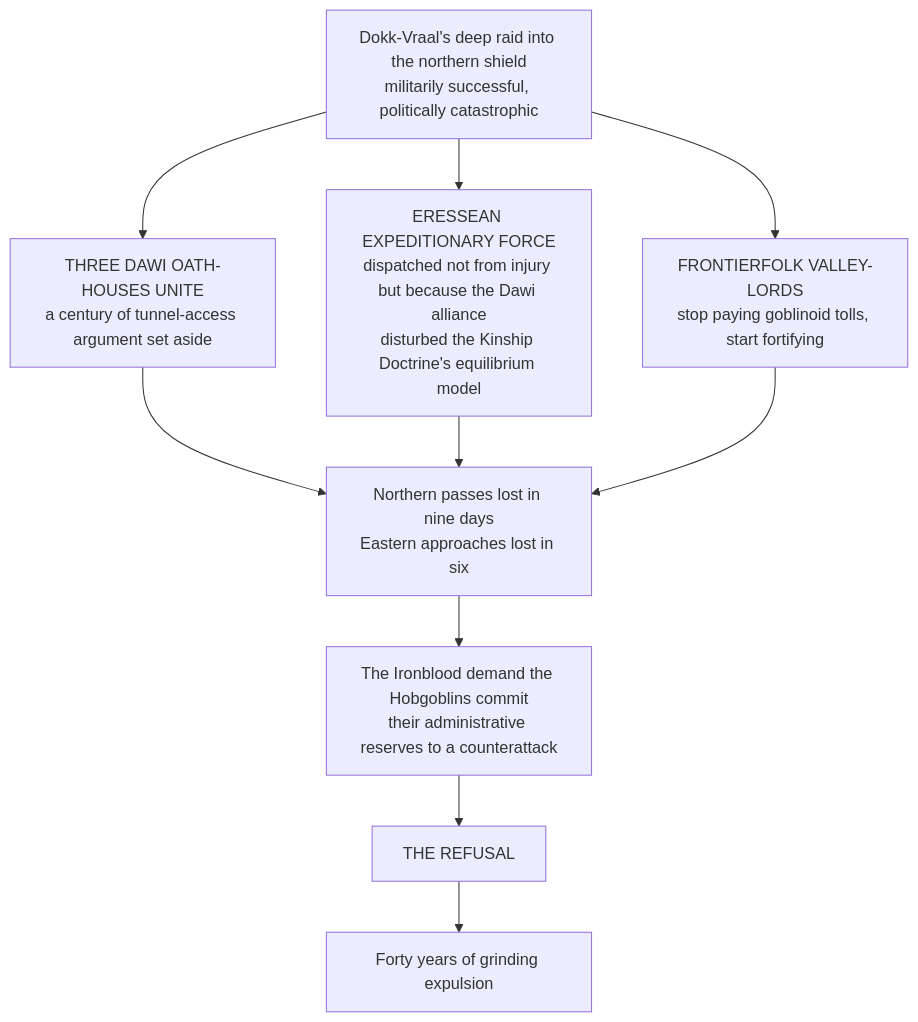
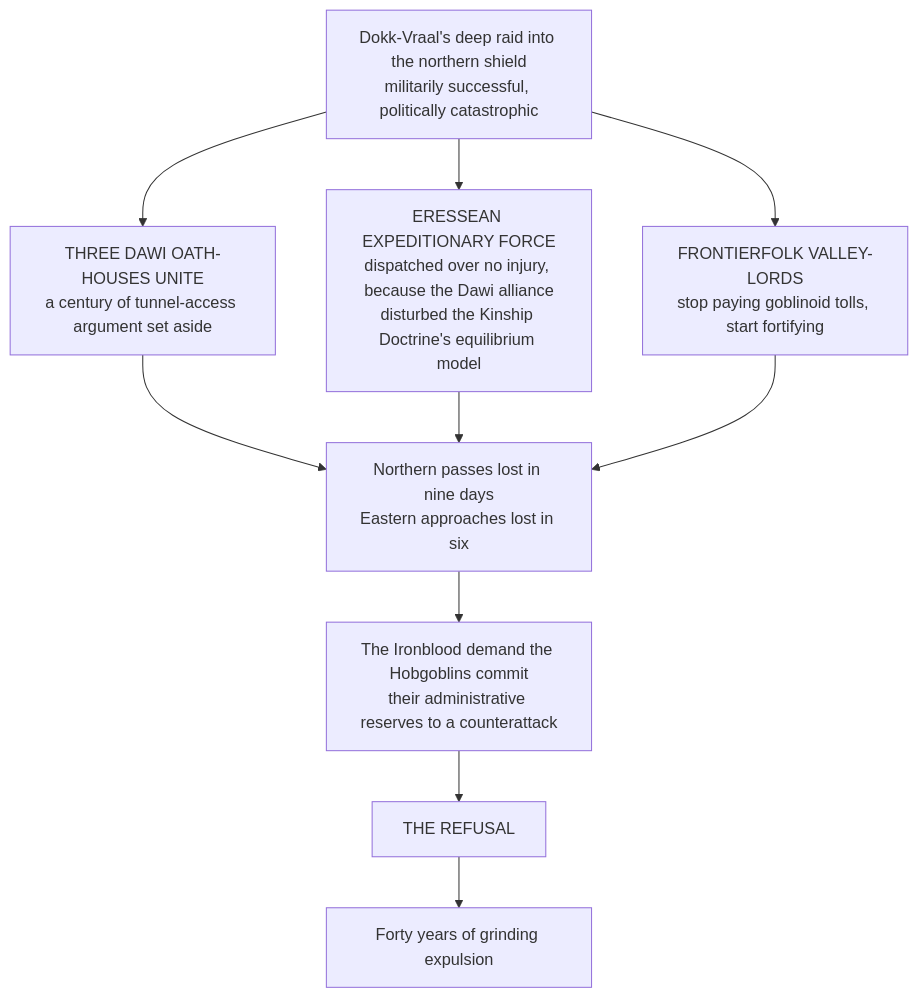
The diagram in wiki/Geography & the Four Quarters/The Bearing and the Holding/Isles and Archipelagos/The Hobgoblin Expanse.md (vispotvision/wotr-rule-index), drawn with Mermaid before and after one commit. The commit also changed other lines of this file and 160 other files, not shown here.

````diff
--- a/wiki/Geography & the Four Quarters/The Bearing and the Holding/Isles and Archipelagos/The Hobgoblin Expanse.md
+++ b/wiki/Geography & the Four Quarters/The Bearing and the Holding/Isles and Archipelagos/The Hobgoblin Expanse.md
@@ -39,13 +45,13 @@
 ```mermaid
 flowchart TD
     A["Dokk-Vraal's deep raid into the northern shield<br>militarily successful, politically catastrophic"]
     A --> B["THREE DAWI OATH-HOUSES UNITE<br>a century of tunnel-access argument set aside"]
-    A --> C["ERESSEAN EXPEDITIONARY FORCE<br>dispatched not from injury but because the Dawi alliance<br>disturbed the Kinship Doctrine's equilibrium model"]
+    A --> C["ERESSEAN EXPEDITIONARY FORCE<br>dispatched over no injury, because the Dawi alliance<br>disturbed the Kinship Doctrine's equilibrium model"]
     A --> D["FRONTIERFOLK VALLEY-LORDS<br>stop paying goblinoid tolls, start fortifying"]
     B --> E["Northern passes lost in nine days<br>Eastern approaches lost in six"]
     C --> E
     D --> E
     E --> F["The Ironblood demand the Hobgoblins commit<br>their administrative reserves to a counterattack"]
     F --> G["THE REFUSAL"]
     G --> H["Forty years of grinding expulsion"]
 ```
````
